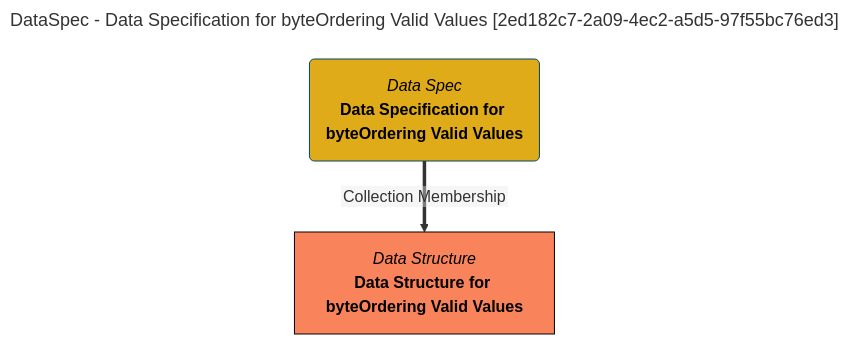
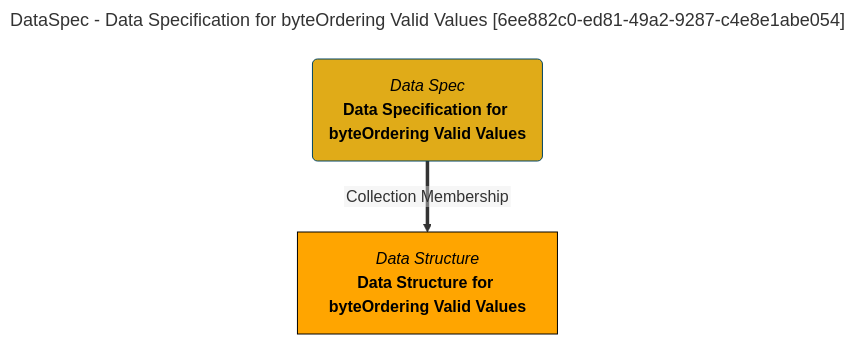
One commit to odpi/egeria-docs changed the diagram in site/snippets/collections/data-specs/data-specification-for-byteordering-valid-values-mermaid-graph.md. Above: the diagram before and after it, drawn with Mermaid. The commit also changed 2201 other files, not shown here.

````diff
--- a/site/snippets/collections/data-specs/data-specification-for-byteordering-valid-values-mermaid-graph.md
+++ b/site/snippets/collections/data-specs/data-specification-for-byteordering-valid-values-mermaid-graph.md
@@ -1,15 +1,15 @@
 ```mermaid
 ---
-title: DataSpec - Data Specification for byteOrdering Valid Values [2ed182c7-2a09-4ec2-a5d5-97f55bc76ed3]
+title: DataSpec - Data Specification for byteOrdering Valid Values [6ee882c0-ed81-49a2-9287-c4e8e1abe054]
 ---
 flowchart TD
 %%{init: {"flowchart": {"htmlLabels": false}} }%%
 
 1@{ shape: rounded, label: "*Data Spec*
 **Data Specification for byteOrdering Valid Values**"}
 2@{ shape: rect, label: "*Data Structure*
 **Data Structure for byteOrdering Valid Values**"}
 1==>|"Collection Membership"|2
 style 1 color:#000000, fill:#e0ab18, stroke:#004563
-style 2 color:#000000, fill:#f9845b, stroke:#000000
+style 2 color:#000000, fill:#FFA500, stroke:#000000
 ```
````
